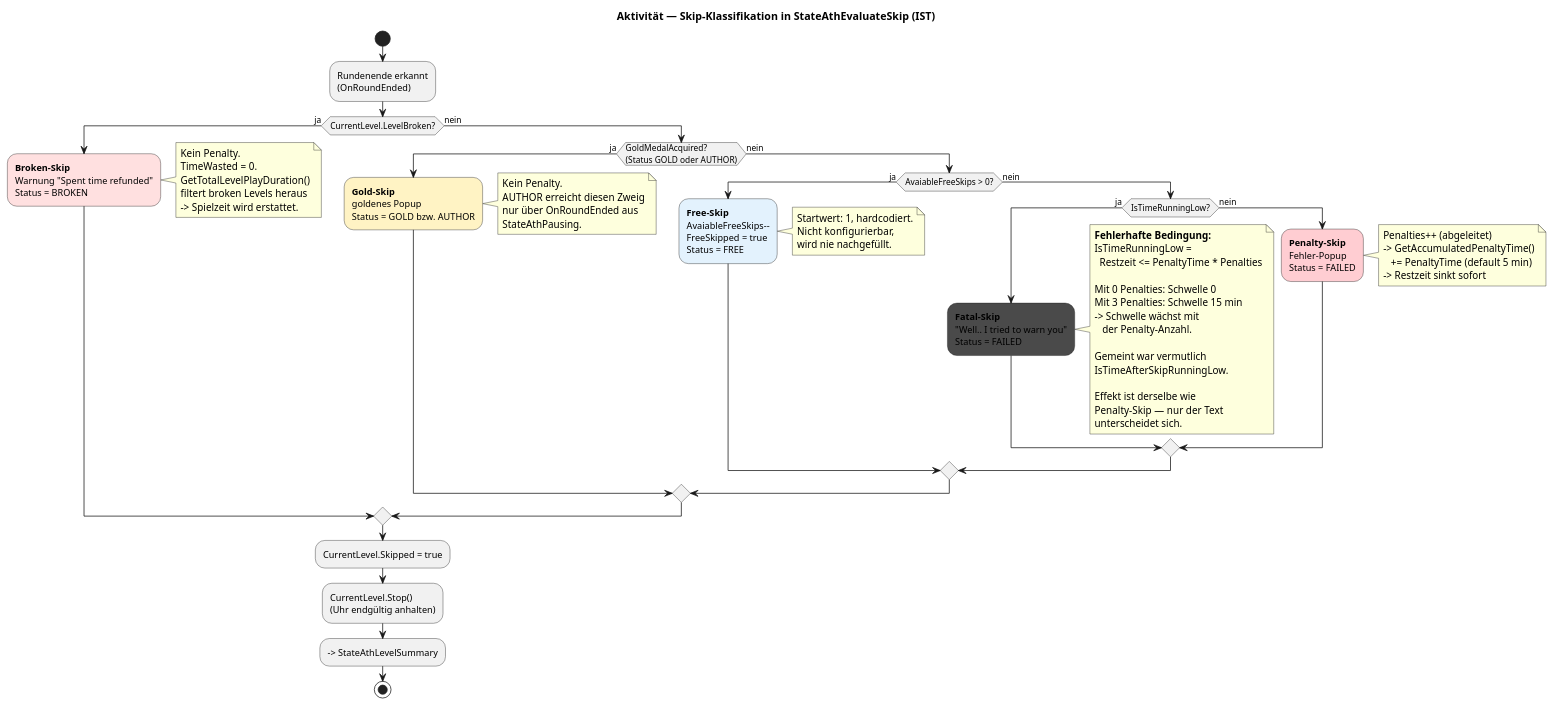
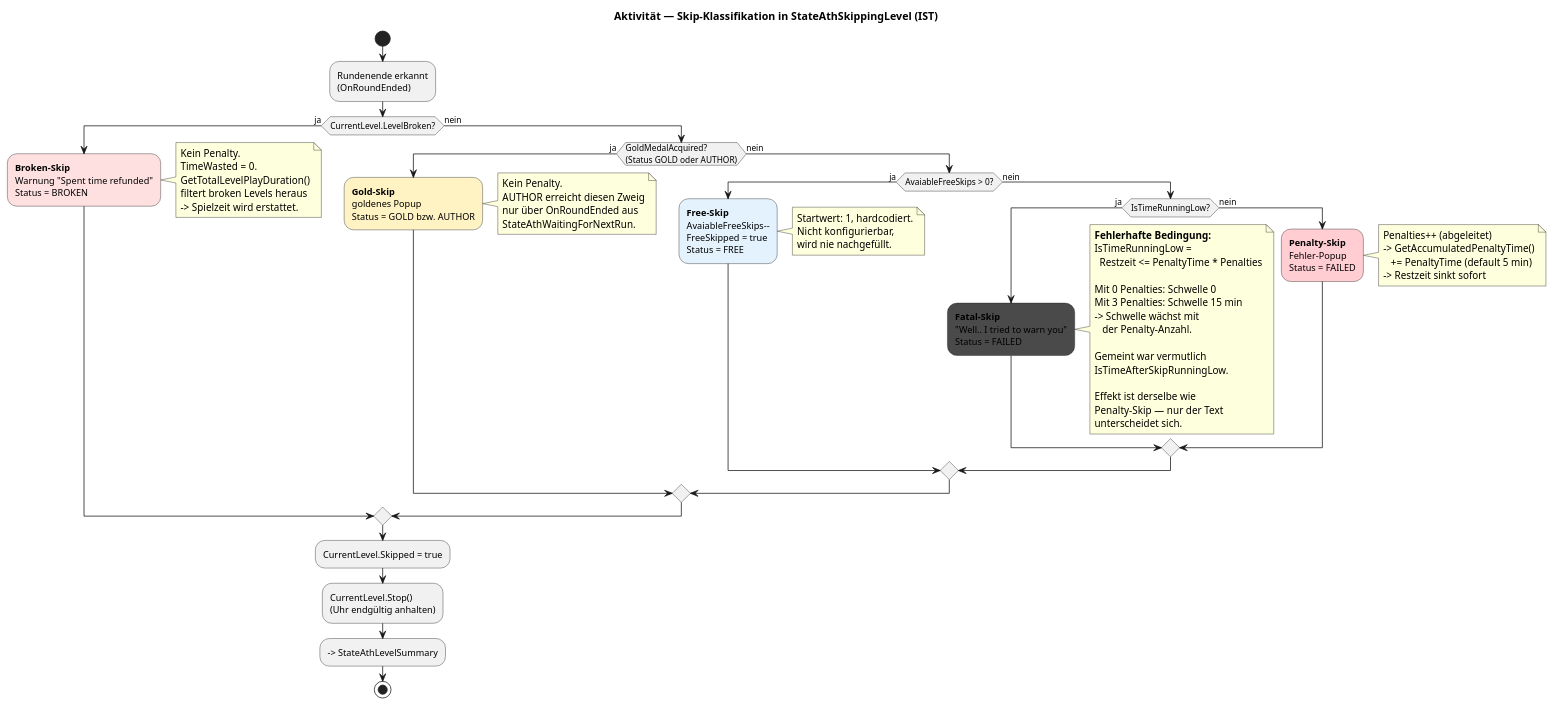
One commit to YoloDevDE/Zeepkist-ATH changed the diagram in docs/diagrams/07-skip-decision.puml. Above: the diagram before and after it, drawn with PlantUML. The commit also changed 106 other files, not shown here.

First line of the commit message:
Rebuild the in-game UI around the run, and stop a restart eating the level pool

```diff
--- a/docs/diagrams/07-skip-decision.puml
+++ b/docs/diagrams/07-skip-decision.puml
@@ -1,75 +1,75 @@
 @startuml 07-skip-decision
-title Aktivität — Skip-Klassifikation in StateAthEvaluateSkip (IST)
+title Aktivität — Skip-Klassifikation in StateAthSkippingLevel (IST)
 
 skinparam shadowing false
 
 start
 
 :Rundenende erkannt\n(OnRoundEnded);
 
 if (CurrentLevel.LevelBroken?) then (ja)
   #FFE0E0:**Broken-Skip**\nWarnung "Spent time refunded"\nStatus = BROKEN;
   note right
     Kein Penalty.
     TimeWasted = 0.
     GetTotalLevelPlayDuration()
     filtert broken Levels heraus
     -> Spielzeit wird erstattet.
   end note
 else (nein)
   if (GoldMedalAcquired?\n(Status GOLD oder AUTHOR)) then (ja)
     #FFF3C4:**Gold-Skip**\ngoldenes Popup\nStatus = GOLD bzw. AUTHOR;
     note right
       Kein Penalty.
       AUTHOR erreicht diesen Zweig
       nur über OnRoundEnded aus
-      StateAthPausing.
+      StateAthWaitingForNextRun.
     end note
   else (nein)
     if (AvaiableFreeSkips > 0?) then (ja)
       #E3F2FD:**Free-Skip**\nAvaiableFreeSkips--\nFreeSkipped = true\nStatus = FREE;
       note right
         Startwert: 1, hardcodiert.
         Nicht konfigurierbar,
         wird nie nachgefüllt.
       end note
     else (nein)
       if (IsTimeRunningLow?) then (ja)
         #4A4A4A:**Fatal-Skip**\n"Well.. I tried to warn you"\nStatus = FAILED;
         note right
           <b>Fehlerhafte Bedingung:</b>
           IsTimeRunningLow =
             Restzeit <= PenaltyTime * Penalties
 
           Mit 0 Penalties: Schwelle 0
           Mit 3 Penalties: Schwelle 15 min
           -> Schwelle wächst mit
              der Penalty-Anzahl.
 
           Gemeint war vermutlich
           IsTimeAfterSkipRunningLow.
 
           Effekt ist derselbe wie
           Penalty-Skip — nur der Text
           unterscheidet sich.
         end note
       else (nein)
         #FFCDD2:**Penalty-Skip**\nFehler-Popup\nStatus = FAILED;
         note right
           Penalties++ (abgeleitet)
           -> GetAccumulatedPenaltyTime()
              += PenaltyTime (default 5 min)
           -> Restzeit sinkt sofort
         end note
       endif
     endif
   endif
 endif
 
 :CurrentLevel.Skipped = true;
 :CurrentLevel.Stop()\n(Uhr endgültig anhalten);
 :-> StateAthLevelSummary;
 
 stop
 
 @enduml
```
